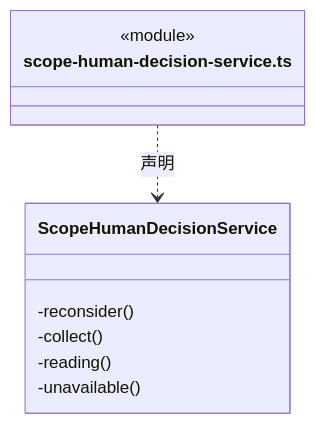
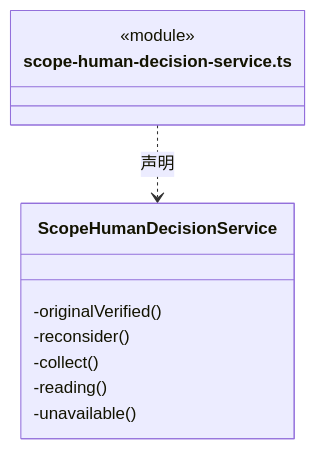
Before and after one commit to nan023062/cbim: diagram 16 of 25 in src/logic/tasks/runtime/ARCHITECTURE.md, drawn with Mermaid. The commit also changed other lines of this file and 139 other files, not shown here.

Commit message:
docs(architecture): add source reading paths and complete file inventories

````diff
--- a/src/logic/tasks/runtime/ARCHITECTURE.md
+++ b/src/logic/tasks/runtime/ARCHITECTURE.md
@@ -407,13 +420,14 @@
 ```mermaid
 classDiagram
 class N_src_logic_tasks_runtime_scope_human_decision_service_ts["scope-human-decision-service.ts"] {
   <<module>>
 }
 class N_src_logic_tasks_runtime_scope_human_decision_service_ts_ScopeHumanDecisionService["ScopeHumanDecisionService"] {
+  -originalVerified()
   -reconsider()
   -collect()
   -reading()
   -unavailable()
 }
 N_src_logic_tasks_runtime_scope_human_decision_service_ts ..> N_src_logic_tasks_runtime_scope_human_decision_service_ts_ScopeHumanDecisionService : 声明
 ```
````
